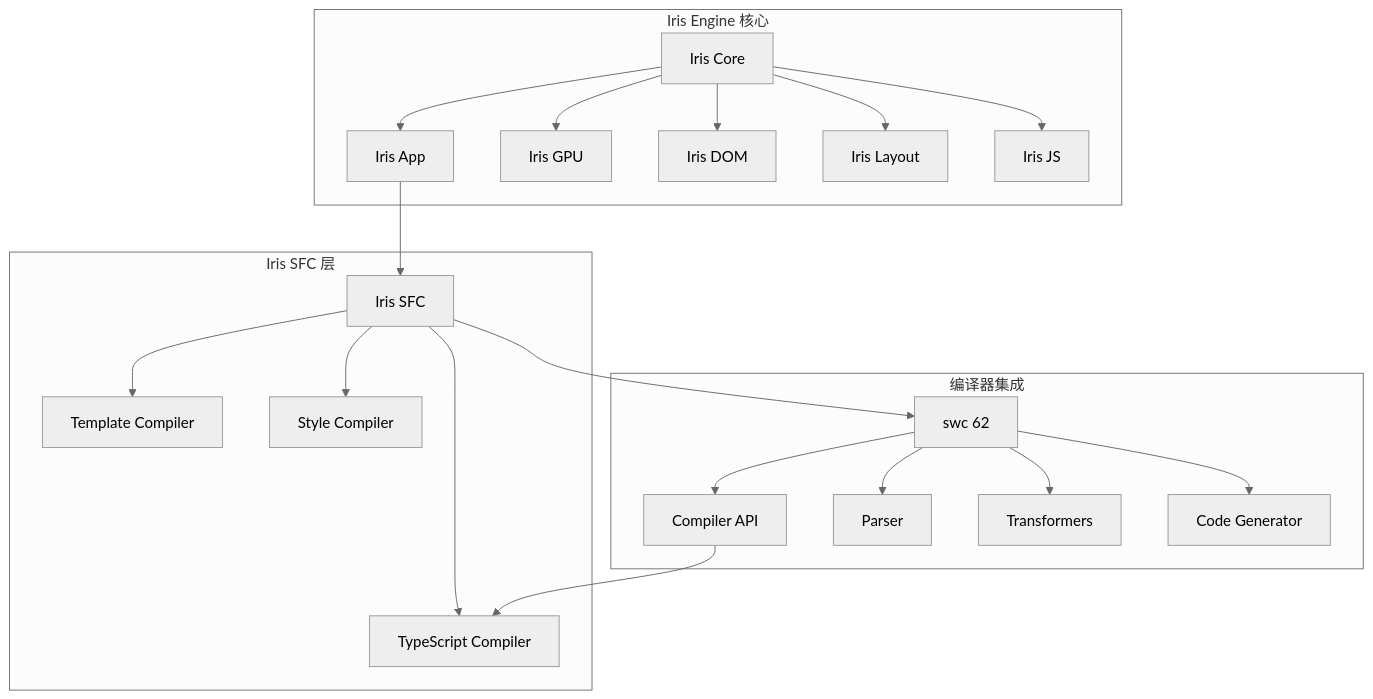
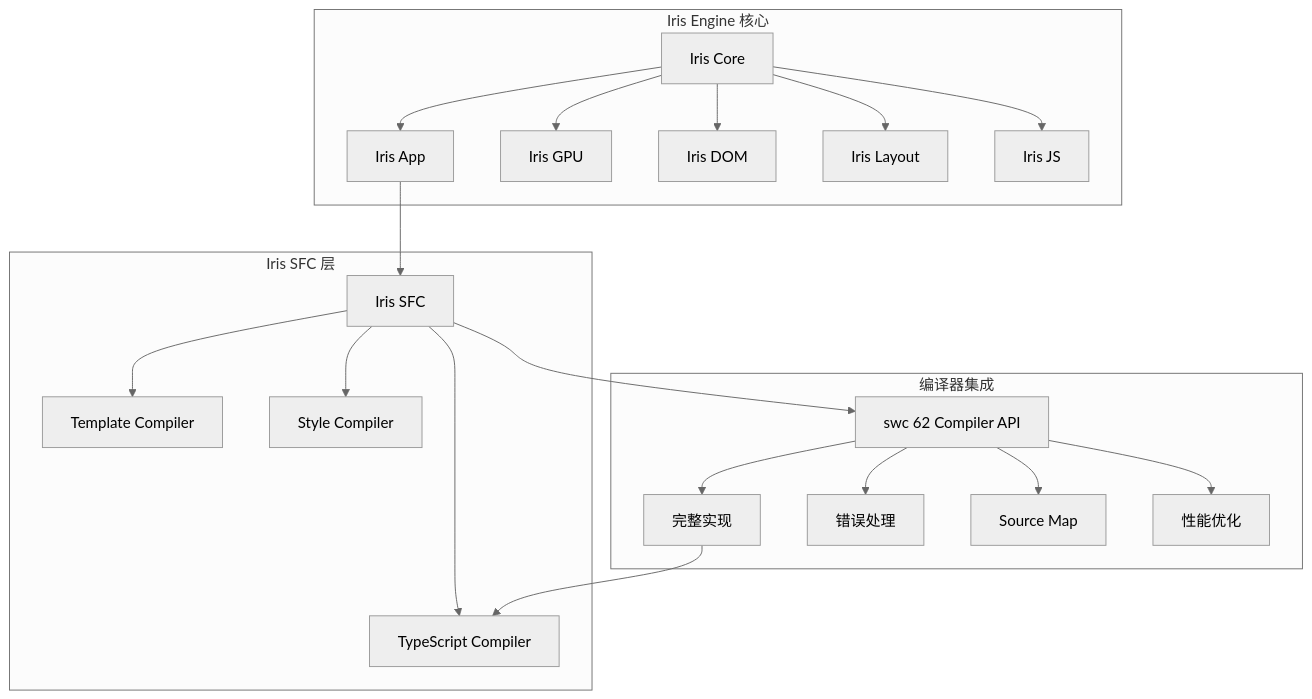
The third of 7 diagrams in .qoder/repowiki/zh/content/项目概述/技术架构总览/SWC集成可行性评估.md (itszzl-sudo/iris), drawn with Mermaid (neutral theme) before and after one commit. The commit also changed other lines of this file and 23 other files, not shown here.

````diff
--- a/.qoder/repowiki/zh/content/项目概述/技术架构总览/SWC集成可行性评估.md
+++ b/.qoder/repowiki/zh/content/项目概述/技术架构总览/SWC集成可行性评估.md
@@ -130,24 +139,24 @@
 ```mermaid
 graph TB
 subgraph "Iris Engine 核心"
 A[Iris Core] --> B[Iris App]
 A --> C[Iris GPU]
 A --> D[Iris DOM]
 A --> E[Iris Layout]
 A --> F[Iris JS]
 end
 subgraph "Iris SFC 层"
 G[Iris SFC] --> H[Template Compiler]
 G --> I[TypeScript Compiler]
 G --> J[Style Compiler]
 end
 subgraph "编译器集成"
-K[swc 62] --> L[Compiler API]
-K --> M[Parser]
-K --> N[Transformers]
-K --> O[Code Generator]
+K[swc 62 Compiler API] --> L[完整实现]
+K --> M[错误处理]
+K --> N[Source Map]
+K --> O[性能优化]
 end
 B --> G
 G --> K
 L --> I
 ```
````
